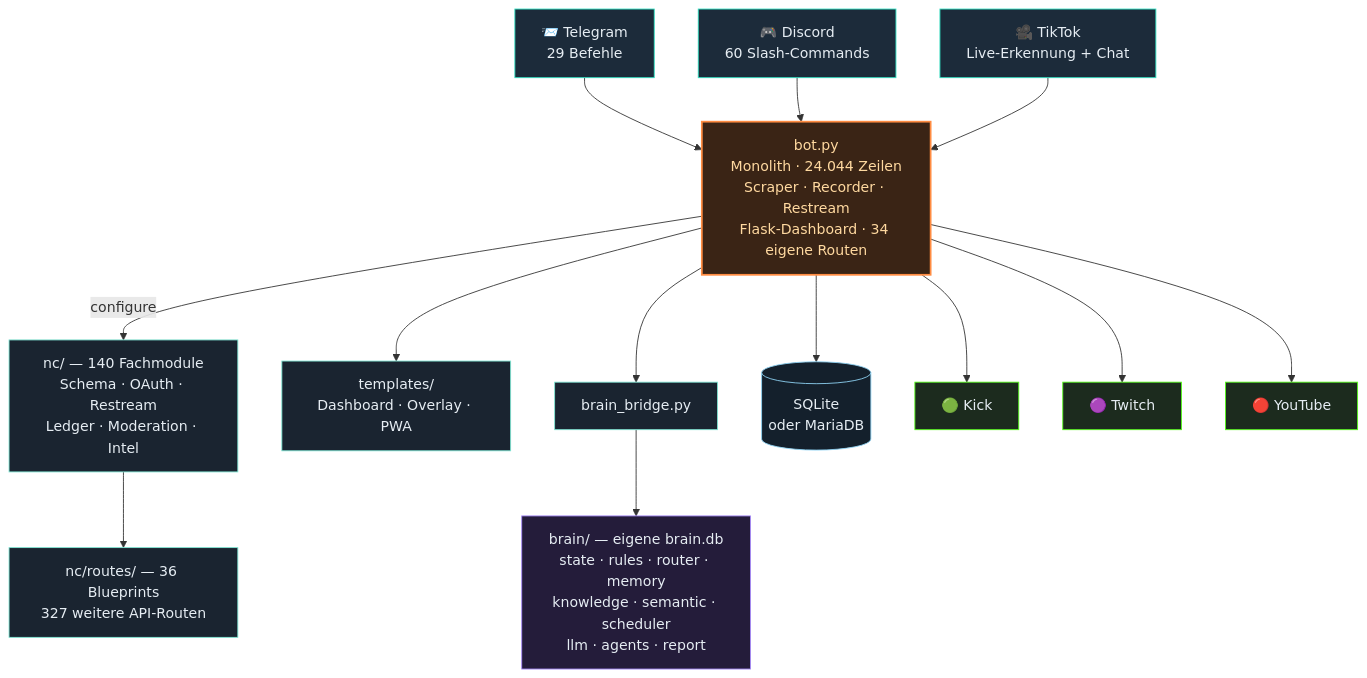
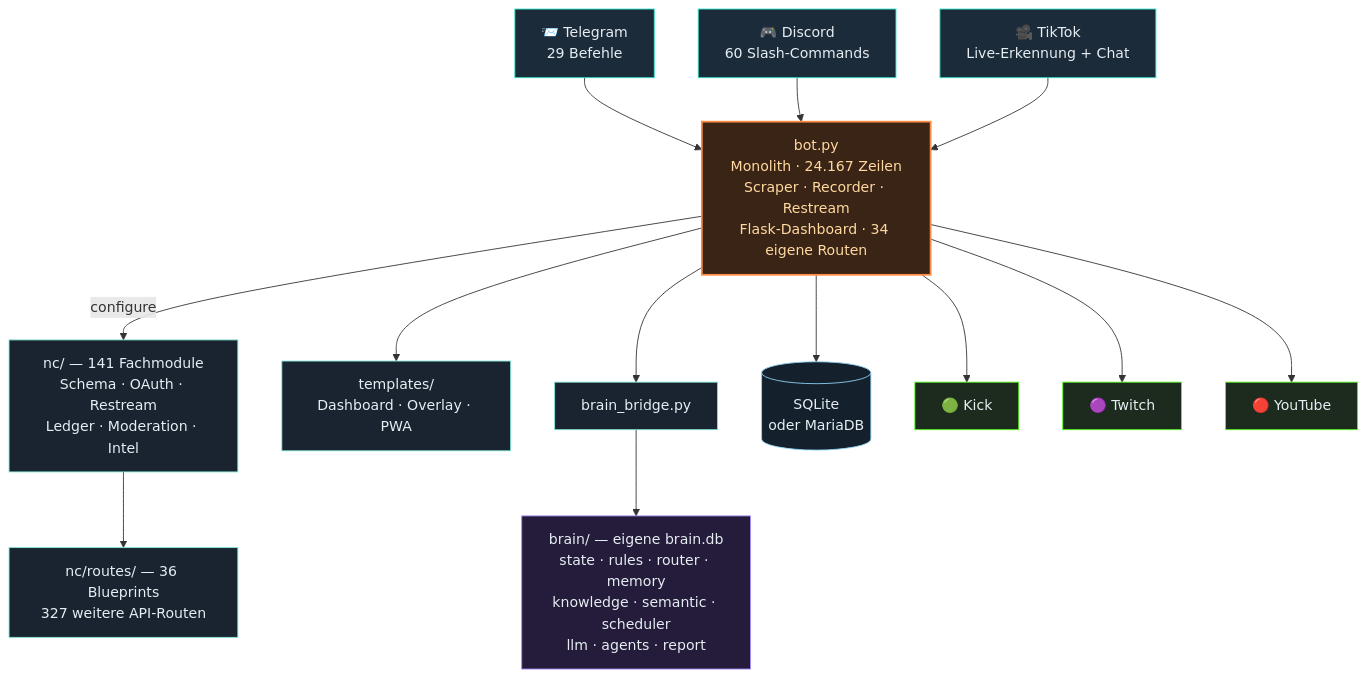
The third of 4 diagrams in README.md (itsamemedev/Telegram-Stream-Info-Bot), drawn with Mermaid before and after one commit. The commit also changed other lines of this file and 14 other files, not shown here.

````diff
--- a/README.md
+++ b/README.md
@@ -189,30 +189,30 @@
 ```mermaid
 flowchart TB
     TG["📨 Telegram<br/>29 Befehle"]:::ein
     DC["🎮 Discord<br/>60 Slash-Commands"]:::ein
     TT["🎥 TikTok<br/>Live-Erkennung + Chat"]:::ein
 
     TG --> BOT
     DC --> BOT
     TT --> BOT
 
-    BOT["bot.py<br/>Monolith · 24.044 Zeilen<br/>Scraper · Recorder · Restream<br/>Flask-Dashboard · 34 eigene Routen"]:::core
+    BOT["bot.py<br/>Monolith · 24.167 Zeilen<br/>Scraper · Recorder · Restream<br/>Flask-Dashboard · 34 eigene Routen"]:::core
 
-    BOT -->|configure| NC["nc/ — 140 Fachmodule<br/>Schema · OAuth · Restream<br/>Ledger · Moderation · Intel"]:::lib
+    BOT -->|configure| NC["nc/ — 141 Fachmodule<br/>Schema · OAuth · Restream<br/>Ledger · Moderation · Intel"]:::lib
     NC --> RT["nc/routes/ — 36 Blueprints<br/>327 weitere API-Routen"]:::lib
     BOT --> TPL["templates/<br/>Dashboard · Overlay · PWA"]:::lib
     BOT --> BR["brain_bridge.py"]:::lib
     BR --> BRAIN["brain/ — eigene brain.db<br/>state · rules · router · memory<br/>knowledge · semantic · scheduler<br/>llm · agents · report"]:::brain
     BOT --> DB[("SQLite<br/>oder MariaDB")]:::db
 
     BOT --> KICK["🟢 Kick"]:::out
     BOT --> TW["🟣 Twitch"]:::out
     BOT --> YT["🔴 YouTube"]:::out
 
     classDef ein fill:#1c2b3a,stroke:#2de1c2,color:#e6edf3
     classDef core fill:#3a2415,stroke:#ff8c42,stroke-width:2px,color:#ffd9a0
     classDef lib fill:#1a2430,stroke:#7fe7d4,color:#e6edf3
     classDef brain fill:#241c3a,stroke:#a78bfa,color:#e6edf3
     classDef db fill:#14202c,stroke:#8fd3f4,color:#e6edf3
     classDef out fill:#1c2b1e,stroke:#53fc18,color:#e6edf3
 ```
````
